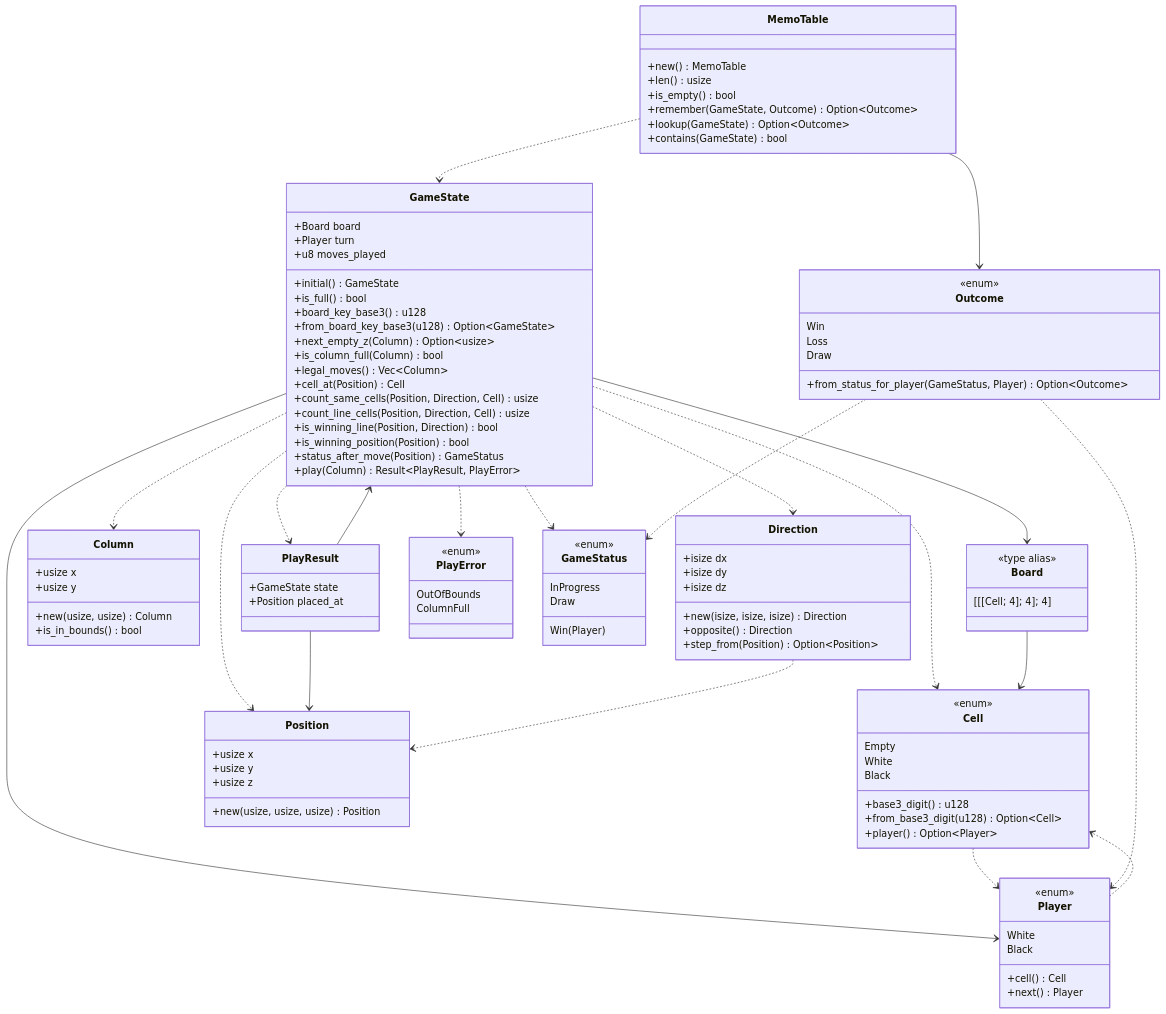
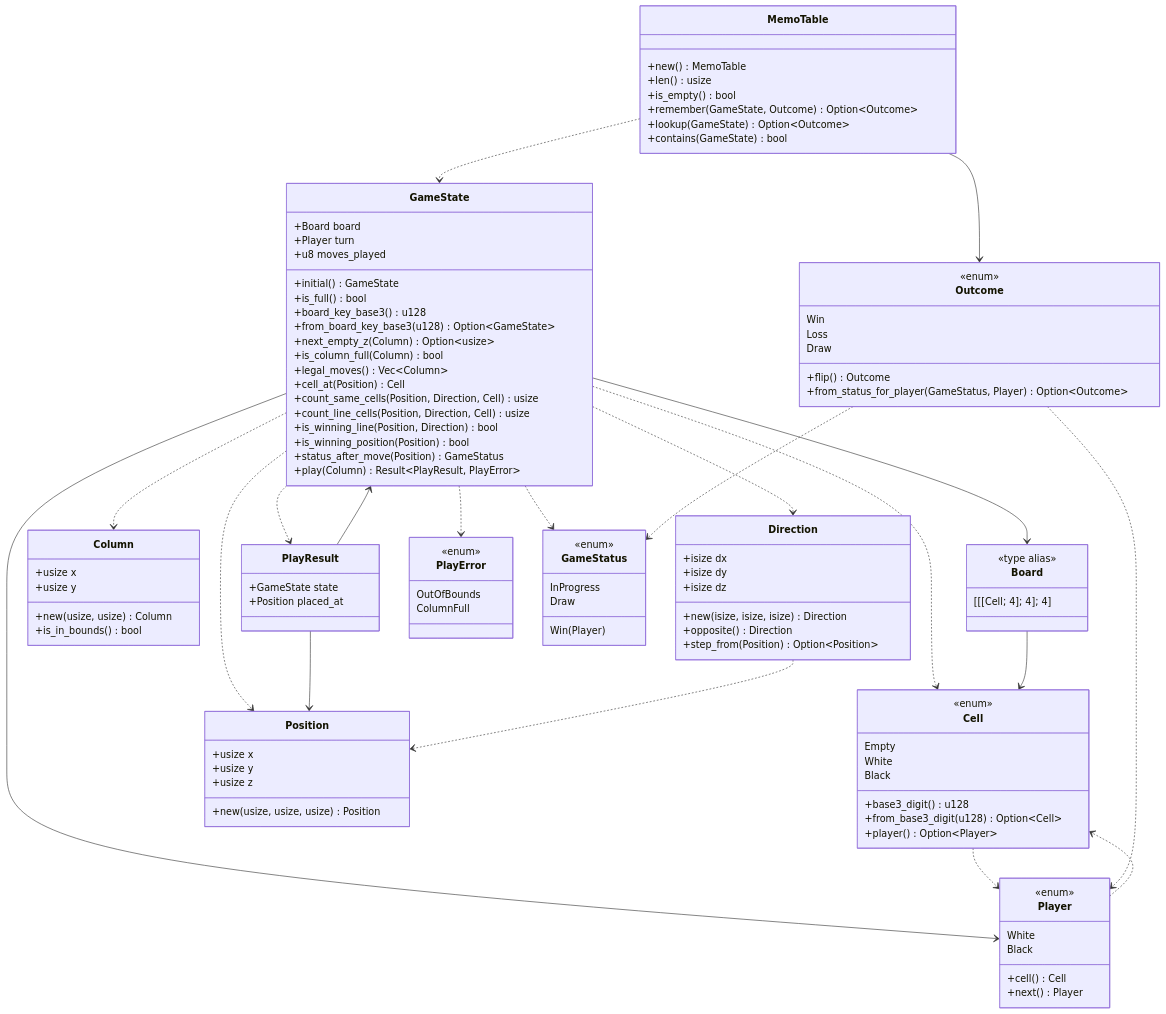
Before and after one commit to keiichiro-sonoda/rittai4moku: the first of 10 diagrams in docs/uml.md, drawn with Mermaid. The commit also changed other lines of this file and 5 other files, not shown here.

Commit message:
feat: Add Outcome::flip() method for perspective inversion in game outcomes

```diff
--- a/docs/uml.md
+++ b/docs/uml.md
@@ -101,6 +101,7 @@
         Win
         Loss
         Draw
+        +flip() Outcome
         +from_status_for_player(GameStatus, Player) Option~Outcome~
     }
 
```
